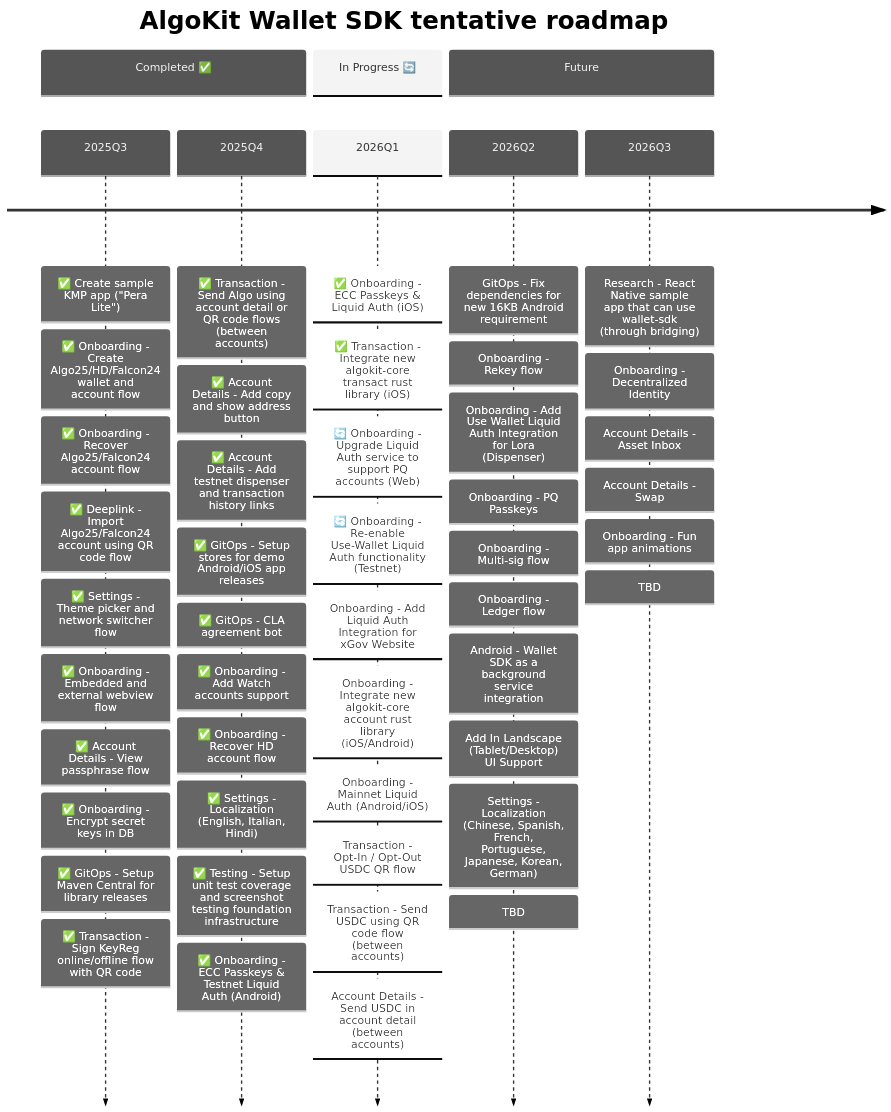
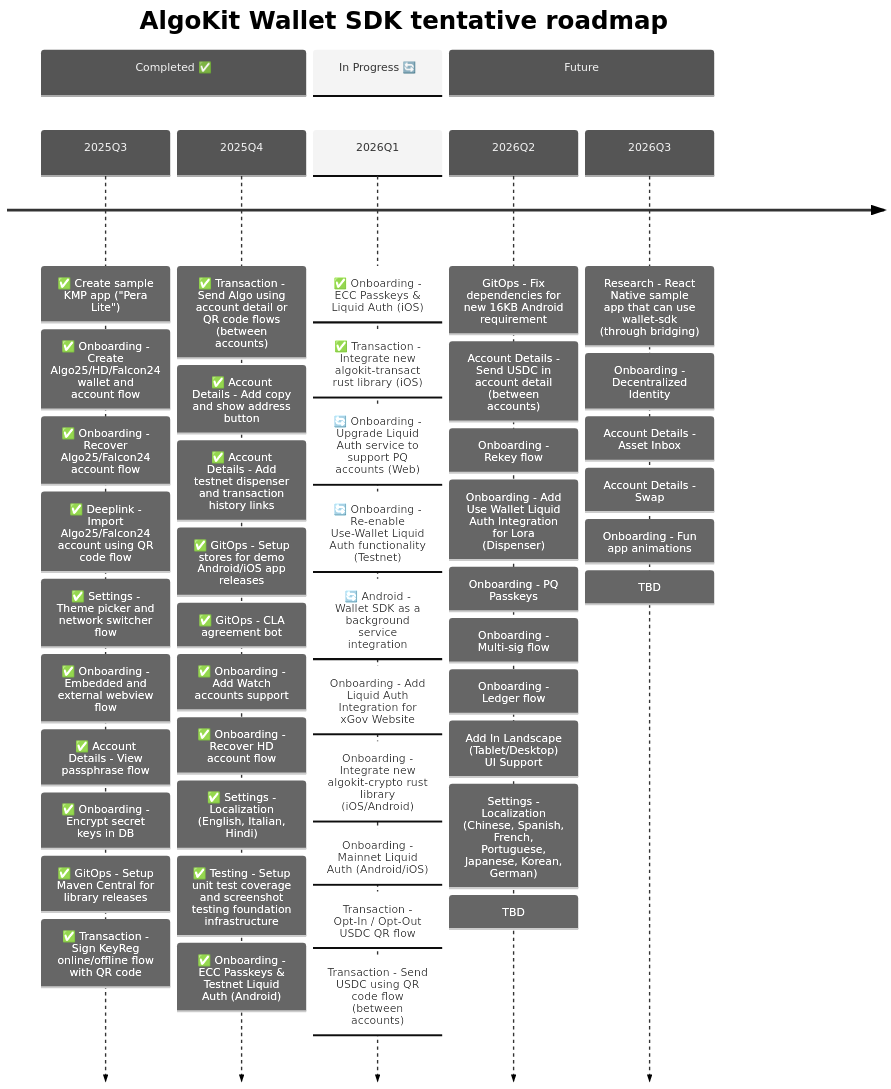
The second of 3 diagrams in README.md (michaeltchuangllc/algokit-walletsdk-kmp), drawn with Mermaid before and after one commit. The commit also changed other lines of this file and 17 other files, not shown here.

````diff
--- a/README.md
+++ b/README.md
@@ -67,62 +67,62 @@
 ```mermaid
 ---
 config:
   theme: 'neutral'
 ---
 timeline
     title AlgoKit Wallet SDK tentative roadmap
 
     section Completed ✅
     2025Q3  : ✅ Create sample KMP app ("Pera Lite")
             : ✅ Onboarding - Create Algo25/HD/Falcon24 wallet and account flow
             : ✅ Onboarding - Recover Algo25/Falcon24 account flow
             : ✅ Deeplink - Import Algo25/Falcon24 account using QR code flow
             : ✅ Settings - Theme picker and network switcher flow
             : ✅ Onboarding - Embedded and external webview flow
             : ✅ Account Details - View passphrase flow
             : ✅ Onboarding - Encrypt secret keys in DB
             : ✅ GitOps - Setup Maven Central for library releases
             : ✅ Transaction - Sign KeyReg online/offline flow with QR code
 
     2025Q4  : ✅ Transaction - Send Algo using account detail or QR code flows (between accounts)
             : ✅ Account Details - Add copy and show address button
             : ✅ Account Details - Add testnet dispenser and transaction history links
             : ✅ GitOps - Setup stores for demo Android/iOS app releases
             : ✅ GitOps - CLA agreement bot
             : ✅ Onboarding - Add Watch accounts support
             : ✅ Onboarding - Recover HD account flow
             : ✅ Settings - Localization (English, Italian, Hindi)
             : ✅ Testing - Setup unit test coverage and screenshot testing foundation infrastructure
             : ✅ Onboarding - ECC Passkeys & Testnet Liquid Auth (Android)
 
     section In Progress 🔄
     2026Q1  : ✅ Onboarding - ECC Passkeys & Liquid Auth (iOS)
-            : ✅ Transaction - Integrate new algokit-core transact rust library (iOS)
+            : ✅ Transaction - Integrate new algokit-transact rust library (iOS)
             : 🔄 Onboarding - Upgrade Liquid Auth service to support PQ accounts (Web)
             : 🔄 Onboarding - Re-enable Use-Wallet Liquid Auth functionality (Testnet)
+            : 🔄 Android - Wallet SDK as a background service integration
             : Onboarding - Add Liquid Auth Integration for xGov Website
-            : Onboarding - Integrate new algokit-core account rust library (iOS/Android)
+            : Onboarding - Integrate new algokit-crypto rust library (iOS/Android)
             : Onboarding - Mainnet Liquid Auth (Android/iOS)
             : Transaction - Opt-In / Opt-Out USDC QR flow
             : Transaction - Send USDC using QR code flow (between accounts)
-            : Account Details - Send USDC in account detail (between accounts)
 
     section Future
     2026Q2  : GitOps - Fix dependencies for new 16KB Android requirement
+            : Account Details - Send USDC in account detail (between accounts)
             : Onboarding - Rekey flow
             : Onboarding - Add Use Wallet Liquid Auth Integration for Lora (Dispenser)
             : Onboarding - PQ Passkeys
             : Onboarding - Multi-sig flow
             : Onboarding - Ledger flow
-            : Android - Wallet SDK as a background service integration
             : Add In Landscape (Tablet/Desktop) UI Support
             : Settings - Localization (Chinese, Spanish, French, Portuguese, Japanese, Korean, German)
             : TBD
     2026Q3
             : Research - React Native sample app that can use wallet-sdk (through bridging)
             : Onboarding - Decentralized Identity
             : Account Details - Asset Inbox
             : Account Details - Swap
             : Onboarding - Fun app animations
             : TBD
 ```
````
